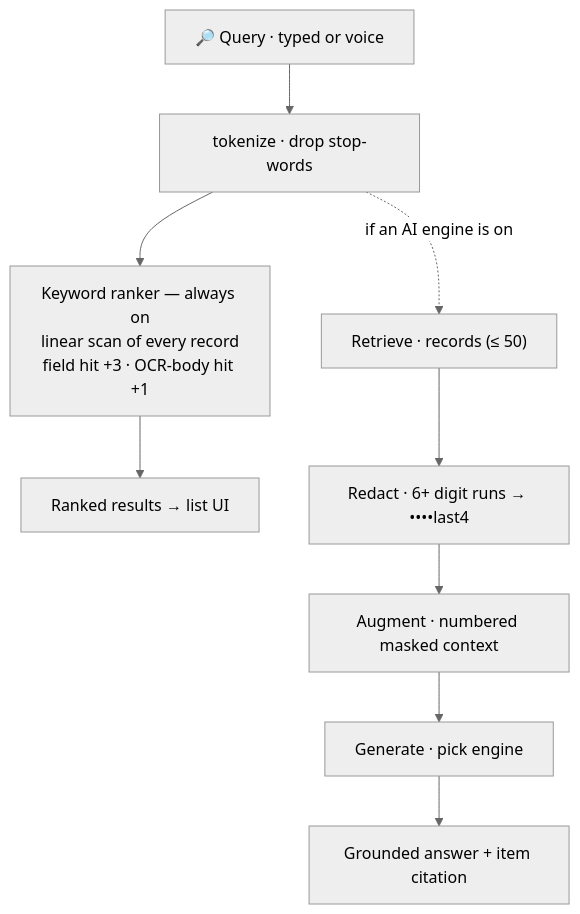
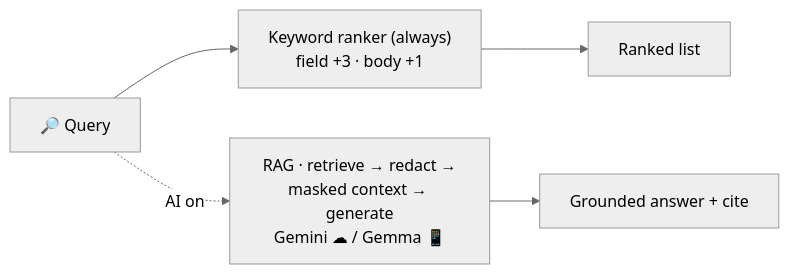
Before and after one commit to bhutianimukul/picsearch: the second of 2 diagrams in README.md, drawn with Mermaid (neutral theme). The commit also changed other lines of this file, not shown here.

First line of the commit message:
README: trim flow diagrams (3→2) + add model/params table

````diff
--- a/README.md
+++ b/README.md
@@ -262,11 +247,6 @@
 ```mermaid
-flowchart TD
-    Q["🔎 Query · typed or voice"] --> T["tokenize · drop stop-words"]
-    T --> K["Keyword ranker — always on<br/>linear scan of every record<br/>field hit +3 · OCR-body hit +1"]
-    K --> R["Ranked results → list UI"]
-    T -. "if an AI engine is on" .-> C1["Retrieve · records (≤ 50)"]
-    C1 --> C2["Redact · 6+ digit runs → ••••last4"]
-    C2 --> C3["Augment · numbered masked context"]
-    C3 --> C4["Generate · pick engine"]
-    C4 --> C5["Grounded answer + item citation"]
+flowchart LR
+    Q["🔎 Query"] --> K["Keyword ranker (always)<br/>field +3 · body +1"] --> R["Ranked list"]
+    Q -. "AI on" .-> G["RAG · retrieve → redact →<br/>masked context → generate<br/>Gemini ☁ / Gemma 📱"]
+    G --> A2["Grounded answer + cite"]
 ```
````
